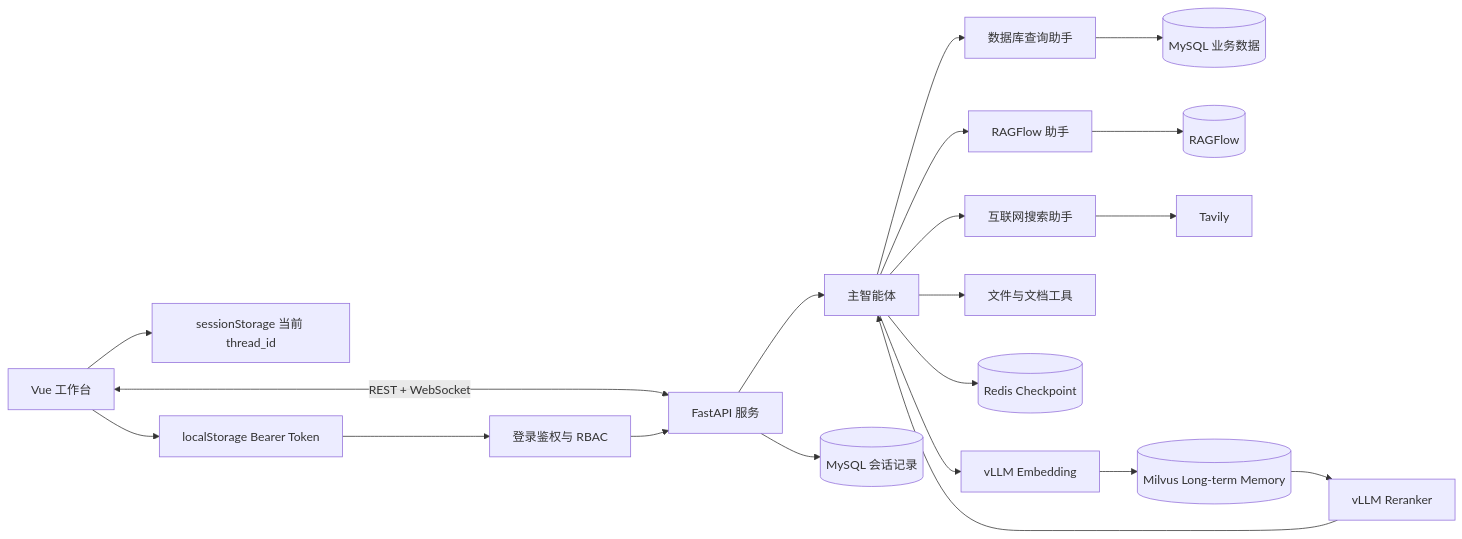
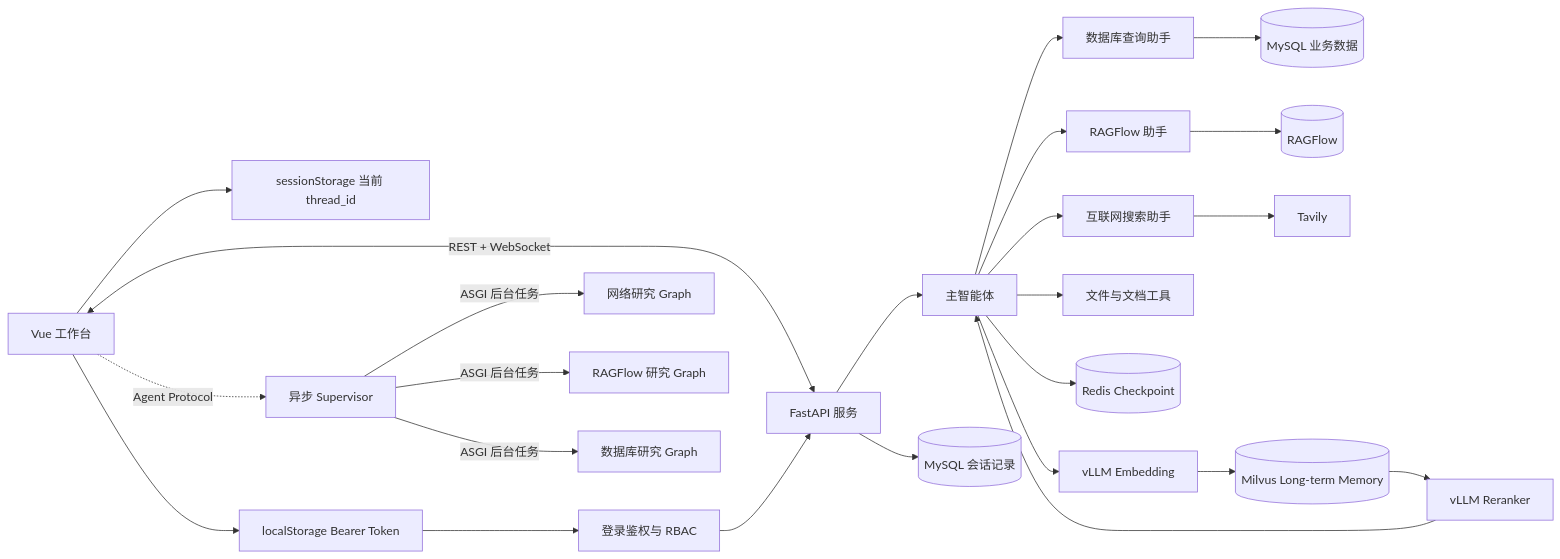
The diagram in README.md (XiaoFeiCode/DeepResearchAgent), drawn with Mermaid before and after one commit. The commit also changed other lines of this file and 13 other files, not shown here.

````diff
--- a/README.md
+++ b/README.md
@@ -93,22 +96,26 @@
 ```mermaid
 flowchart LR
     UI[Vue 工作台] <-->|REST + WebSocket| API[FastAPI 服务]
     UI --> SESSION[sessionStorage 当前 thread_id]
     UI --> TOKEN[localStorage Bearer Token]
     TOKEN --> AUTH[登录鉴权与 RBAC]
     AUTH --> API
     API --> MAIN[主智能体]
+    UI -.->|Agent Protocol| ASYNC[异步 Supervisor]
+    ASYNC -->|ASGI 后台任务| AWEB[网络研究 Graph]
+    ASYNC -->|ASGI 后台任务| ARAG[RAGFlow 研究 Graph]
+    ASYNC -->|ASGI 后台任务| ADB[数据库研究 Graph]
     API --> HISTORY[(MySQL 会话记录)]
     MAIN --> DB[数据库查询助手]
     MAIN --> RAG[RAGFlow 助手]
     MAIN --> WEB[互联网搜索助手]
     MAIN --> DOC[文件与文档工具]
     DB --> MYSQL[(MySQL 业务数据)]
     RAG --> RF[(RAGFlow)]
     WEB --> TAVILY[Tavily]
     MAIN --> SHORT[(Redis Checkpoint)]
     MAIN --> EMBED[vLLM Embedding]
     EMBED --> LONG[(Milvus Long-term Memory)]
     LONG --> RERANK[vLLM Reranker]
     RERANK --> MAIN
 ```
````
